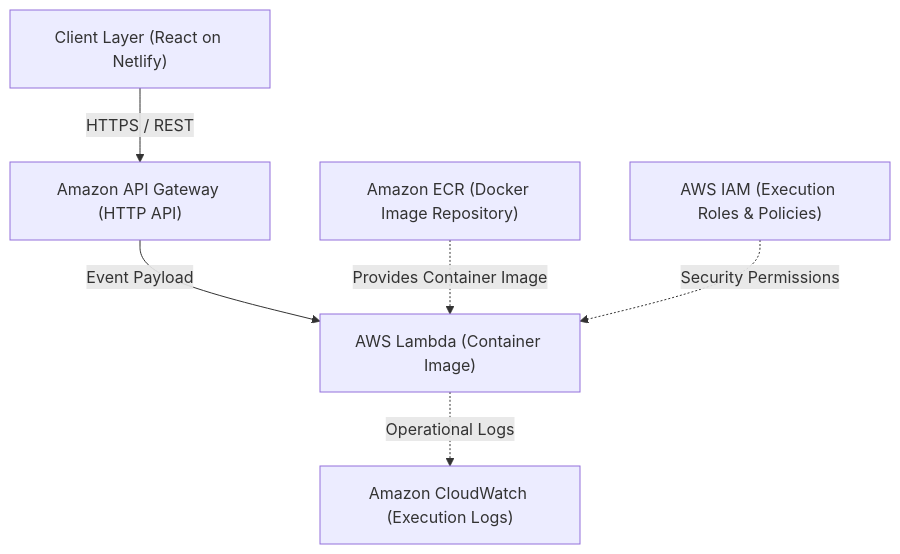
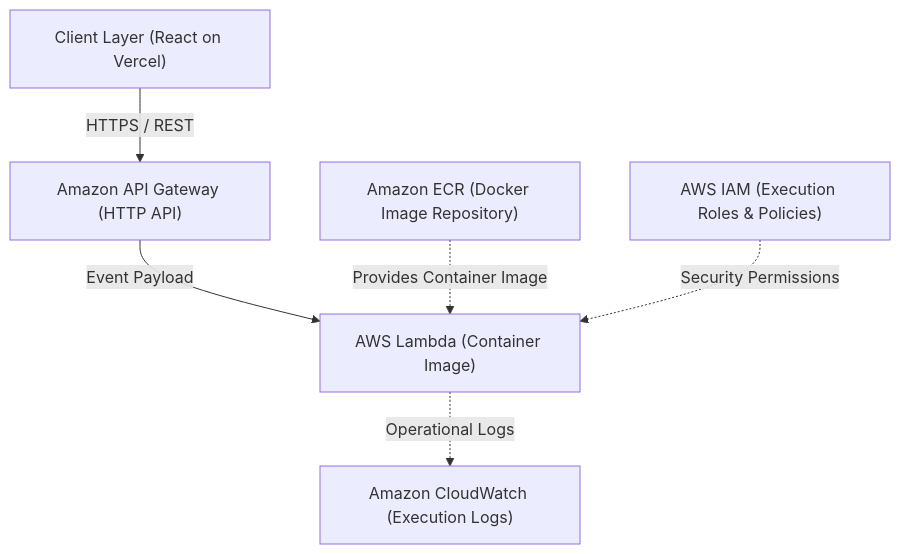
The second of 3 diagrams in README.md (sandeep0431/AEGIS), drawn with Mermaid before and after one commit. The commit also changed other lines of this file, not shown here.

````diff
--- a/README.md
+++ b/README.md
@@ -70,15 +89,15 @@
 ```mermaid
 flowchart TD
-    Client["Client Layer (React on Netlify)"]
+    Client["Client Layer (React on Vercel)"]
     APIGW["Amazon API Gateway (HTTP API)"]
     Lambda["AWS Lambda (Container Image)"]
     ECR["Amazon ECR (Docker Image Repository)"]
     CW["Amazon CloudWatch (Execution Logs)"]
     IAM["AWS IAM (Execution Roles & Policies)"]
 
     Client -->|"HTTPS / REST"| APIGW
     APIGW -->|"Event Payload"| Lambda
     ECR -.->|"Provides Container Image"| Lambda
     Lambda -.->|"Operational Logs"| CW
     IAM -.->|"Security Permissions"| Lambda
 ```
````
